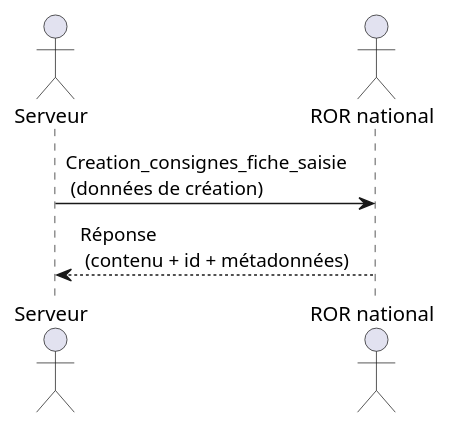
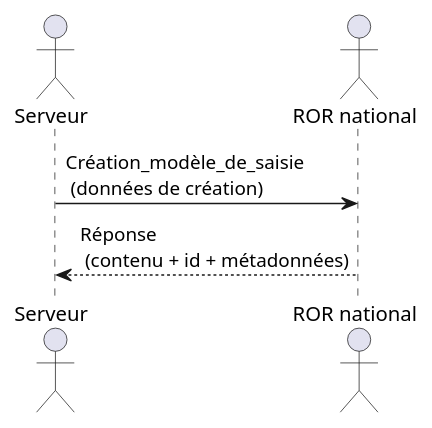
The diagram in input/images-source/creation_consignes_fiche-saisie.plantuml (ansforge/IG-fhir-repertoire-offre-ressources-sante), drawn with PlantUML before and after one commit. The commit also changed 2 other files, not shown here.

```diff
--- a/input/images-source/creation_consignes_fiche-saisie.plantuml
+++ b/input/images-source/creation_consignes_fiche-saisie.plantuml
@@ -1,6 +1,6 @@
 @startuml creation_consignes_fiche-saisie
 actor Serveur
 actor "ROR national" as ROR
-Serveur -> ROR : Creation_consignes_fiche_saisie \n (données de création)
+Serveur -> ROR : Création_modèle_de_saisie \n (données de création)
 ROR --> Serveur : Réponse \n (contenu + id + métadonnées)
 @enduml
```
